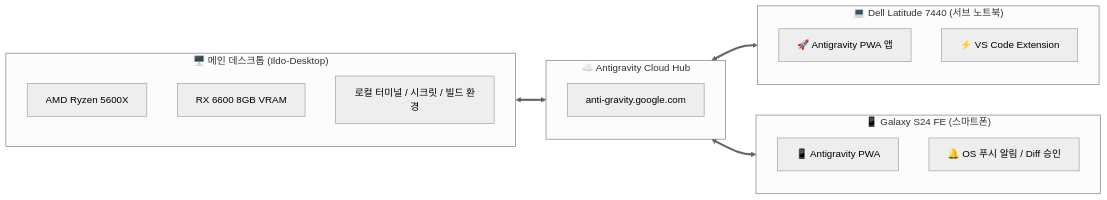
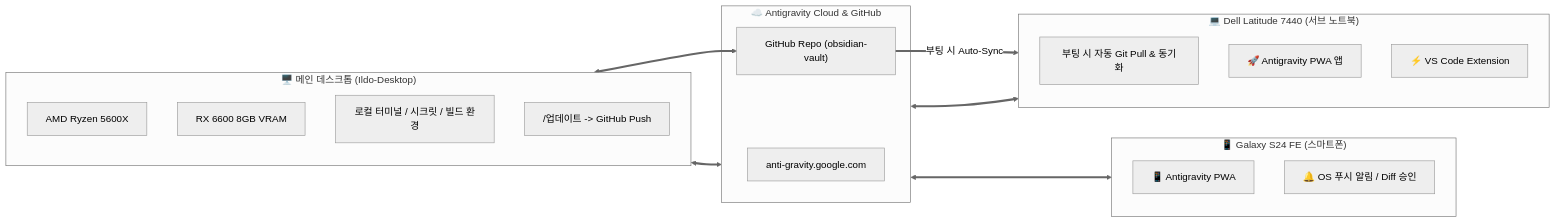
The diagram in 01_AI_시스템_및_도구/Dell_Latitude_7440_원클릭_원격세팅_가이드.md (incarnation44/obsidian-vault), drawn with Mermaid (neutral theme) before and after one commit. The commit also changed other lines of this file and 8 other files, not shown here.

````diff
--- a/01_AI_시스템_및_도구/Dell_Latitude_7440_원클릭_원격세팅_가이드.md
+++ b/01_AI_시스템_및_도구/Dell_Latitude_7440_원클릭_원격세팅_가이드.md
@@ -54,26 +68,31 @@
 ```mermaid
 flowchart LR
     subgraph Host ["🖥️ 메인 데스크톱 (Ildo-Desktop)"]
         Ryzen["AMD Ryzen 5600X"]
         Radeon["RX 6600 8GB VRAM"]
         Build["로컬 터미널 / 시크릿 / 빌드 환경"]
+        AutoPush["/업데이트 -> GitHub Push"]
     end
 
-    subgraph Hub ["☁️ Antigravity Cloud Hub"]
+    subgraph Hub ["☁️ Antigravity Cloud & GitHub"]
+        GitRepo["GitHub Repo (obsidian-vault)"]
         Tunnel["anti-gravity.google.com"]
     end
 
     subgraph Laptop ["💻 Dell Latitude 7440 (서브 노트북)"]
+        AutoPull["부팅 시 자동 Git Pull & 동기화"]
         PWA["🚀 Antigravity PWA 앱"]
         VSCode["⚡ VS Code Extension"]
     end
 
     subgraph Phone ["📱 Galaxy S24 FE (스마트폰)"]
         MobilePWA["📱 Antigravity PWA"]
         Push["🔔 OS 푸시 알림 / Diff 승인"]
     end
 
+    Host <==> GitRepo
+    GitRepo ==>|부팅 시 Auto-Sync| Laptop
     Host <==> Hub
     Hub <==> Laptop
     Hub <==> Phone
 ```
````
